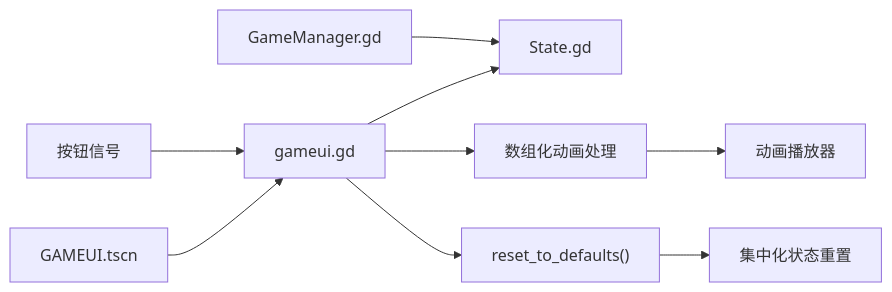
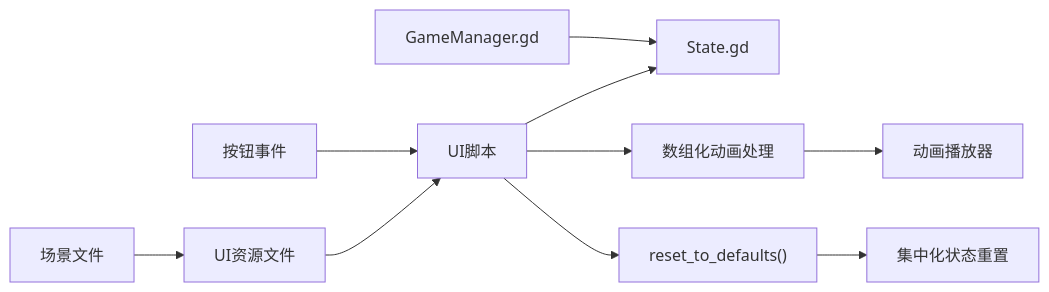
The fourth of 5 diagrams in .qoder/repowiki/zh/content/游戏系统/用户界面系统.md (godotline/godot-line), drawn with Mermaid before and after one commit. The commit also changed other lines of this file and 17 other files, not shown here.

````diff
--- a/.qoder/repowiki/zh/content/游戏系统/用户界面系统.md
+++ b/.qoder/repowiki/zh/content/游戏系统/用户界面系统.md
@@ -247,11 +204,12 @@
 ```mermaid
 graph LR
-GAMEUI["GAMEUI.tscn"] --> GAMEUI_SCRIPT["gameui.gd"]
-GAMEUI_SCRIPT --> STATE["State.gd"]
-GMAN["GameManager.gd"] --> STATE
-BUTTONS["按钮信号"] --> GAMEUI_SCRIPT
-GAMEUI_SCRIPT --> ARRAY_ANIM["数组化动画处理"]
+SCENE["场景文件"] --> UI_RESOURCE["UI资源文件"]
+UI_RESOURCE --> UI_SCRIPT["UI脚本"]
+UI_SCRIPT --> STATE["State.gd"]
+CAMERA_MGR["GameManager.gd"] --> STATE
+BUTTONS["按钮事件"] --> UI_SCRIPT
+UI_SCRIPT --> ARRAY_ANIM["数组化动画处理"]
 ARRAY_ANIM --> ANIMATION_PLAYER["动画播放器"]
-GAMEUI_SCRIPT --> RESET_METHOD["reset_to_defaults()"]
+UI_SCRIPT --> RESET_METHOD["reset_to_defaults()"]
 RESET_METHOD --> STATE_RESET["集中化状态重置"]
 ```
````
